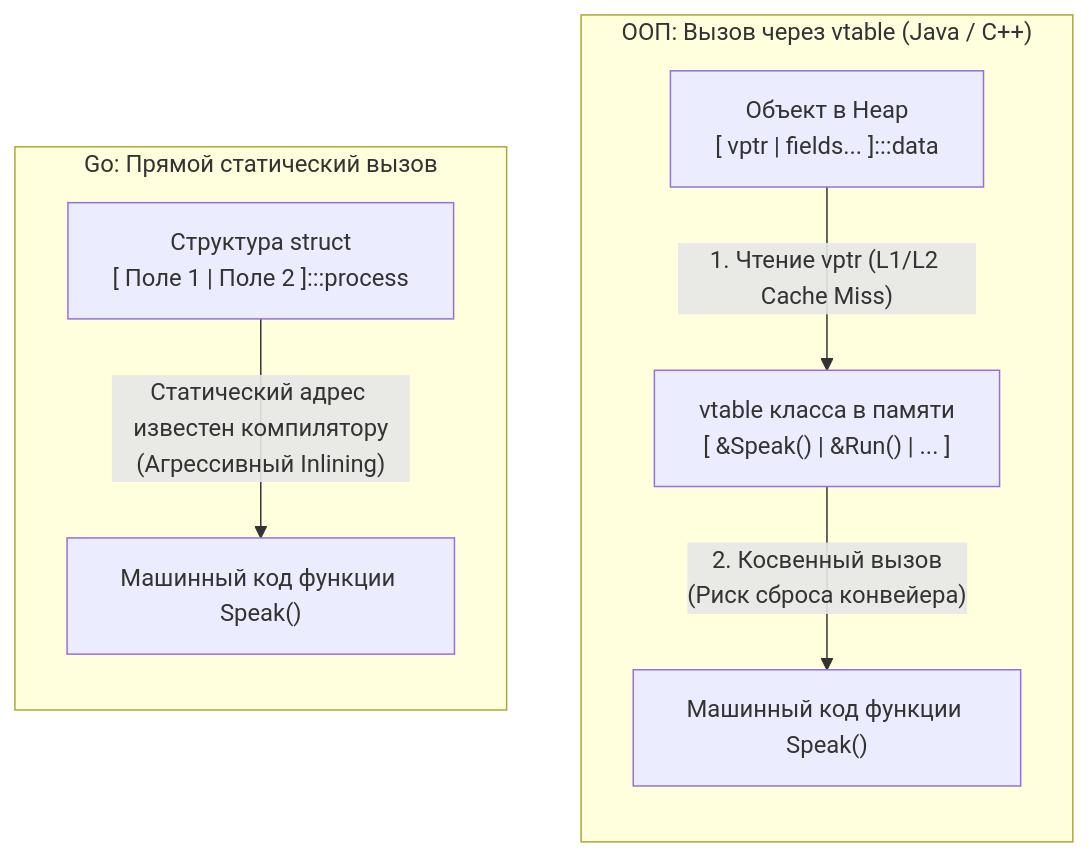
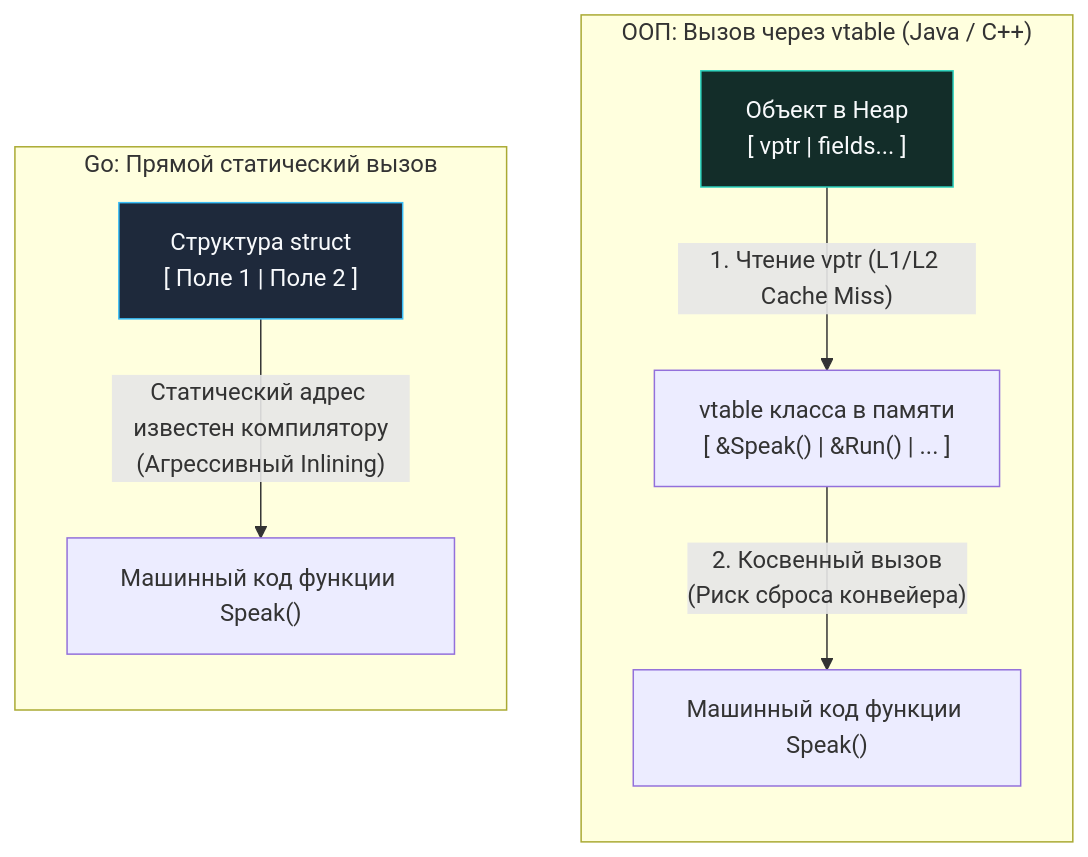
One commit to UnrealTemplier/go-textbook-ru changed the diagram in sources/4. История и философия Go/12. Composition Over Inheritance. Почему в Go нет наследования.md. Above: the diagram before and after it, drawn with Mermaid. The commit also changed 166 other files, not shown here.

First line of the commit message:
fix(mermaid): move :::class out of quoted node labels

````diff
--- a/sources/4. История и философия Go/12. Composition Over Inheritance. Почему в Go нет наследования.md
+++ b/sources/4. История и философия Go/12. Composition Over Inheritance. Почему в Go нет наследования.md
@@ -38,23 +38,23 @@
 ```mermaid
 flowchart TD
     classDef process  fill:#1e293b,stroke:#38bdf8,stroke-width:1px,color:#f8fafc
     classDef success  fill:#064e3b,stroke:#34d399,stroke-width:1px,color:#f8fafc
     classDef error    fill:#7f1d1d,stroke:#f87171,stroke-width:1px,color:#f8fafc
     classDef warning  fill:#78350f,stroke:#fbbf24,stroke-width:1px,color:#f8fafc
     classDef entry    fill:#1e3a5f,stroke:#38bdf8,stroke-width:2px,color:#f8fafc
     classDef aux      fill:#334155,stroke:#64748b,stroke-width:1px,color:#f8fafc
     classDef system   fill:#312e81,stroke:#a78bfa,stroke-width:1px,color:#f8fafc
     classDef data     fill:#132d29,stroke:#2dd4bf,stroke-width:1px,color:#f8fafc
     classDef network  fill:#881337,stroke:#fb7185,stroke-width:1px,color:#f8fafc
     classDef accent   fill:#1e1b4b,stroke:#818cf8,stroke-width:1px,color:#f8fafc
     subgraph OOP_VTABLE ["ООП: Вызов через vtable (Java / C++)"]
         direction TB
-        A["Объект в Heap<br>[ vptr | fields... ]:::data"] -->|"1. Чтение vptr (L1/L2 Cache Miss)"| B["vtable класса в памяти<br>[ &Speak() | &Run() | ... ]"]
+        A["Объект в Heap<br>[ vptr | fields... ]"]:::data -->|"1. Чтение vptr (L1/L2 Cache Miss)"| B["vtable класса в памяти<br>[ &Speak() | &Run() | ... ]"]
         B -->|"2. Косвенный вызов<br>(Риск сброса конвейера)"| C["Машинный код функции Speak()"]
     end
 
     subgraph GO_DIRECT ["Go: Прямой статический вызов"]
         direction TB
-        D["Структура struct<br>[ Поле 1 | Поле 2 ]:::process"] -->|"Статический адрес известен компилятору<br>(Агрессивный Inlining)"| E["Машинный код функции Speak()"]
+        D["Структура struct<br>[ Поле 1 | Поле 2 ]"]:::process -->|"Статический адрес известен компилятору<br>(Агрессивный Inlining)"| E["Машинный код функции Speak()"]
     end
 ```
````
